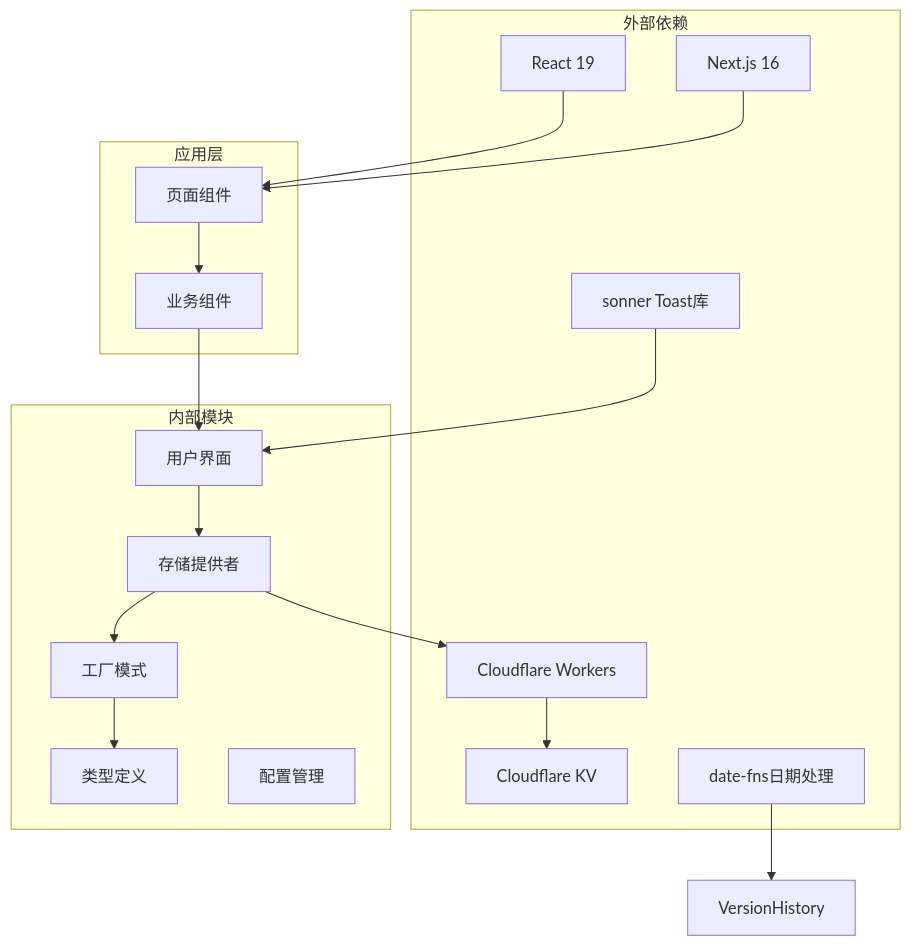
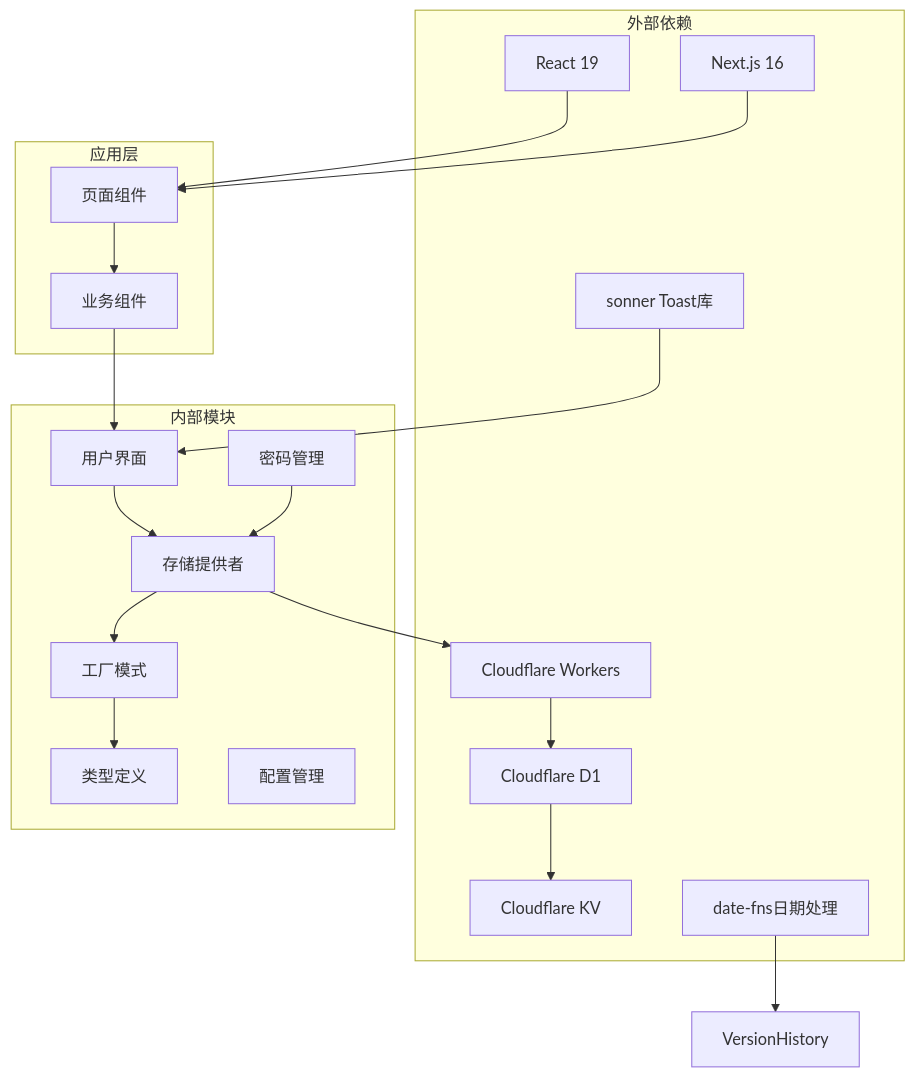
One commit to steveyu2/formula-mapper changed the tenth of 10 diagrams in .qoder/repowiki/zh/content/用户指南/数据管理/云同步集成.md. Above: the diagram before and after it, drawn with Mermaid. The commit also changed other lines of this file and 5 other files, not shown here.

````diff
--- a/.qoder/repowiki/zh/content/用户指南/数据管理/云同步集成.md
+++ b/.qoder/repowiki/zh/content/用户指南/数据管理/云同步集成.md
@@ -443,33 +523,37 @@
 ```mermaid
 graph TB
 subgraph "外部依赖"
 CF[Cloudflare Workers]
+D1[Cloudflare D1]
 KV[Cloudflare KV]
 React[React 19]
 Next[Next.js 16]
 Sonner[sonner Toast库]
 datefns[date-fns日期处理]
 end
 subgraph "内部模块"
 Types[类型定义]
 Factory[工厂模式]
 Provider[存储提供者]
 UI[用户界面]
 Config[配置管理]
+Password[密码管理]
 end
 subgraph "应用层"
 Page[页面组件]
 Components[业务组件]
 end
 Page --> Components
 Components --> UI
 UI --> Provider
 Provider --> Factory
 Factory --> Types
 Provider --> CF
-CF --> KV
+CF --> D1
+D1 --> KV
 React --> Page
 Next --> Page
 Sonner --> UI
 datefns --> VersionHistory
+Password --> Provider
 ```
````
